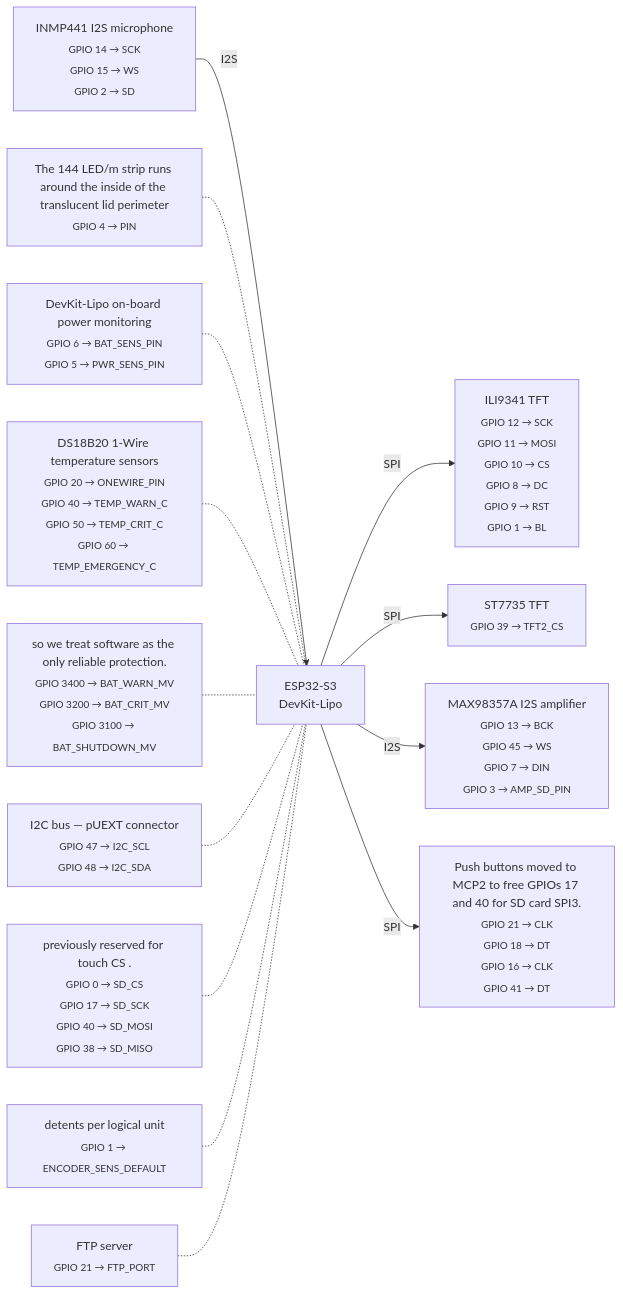
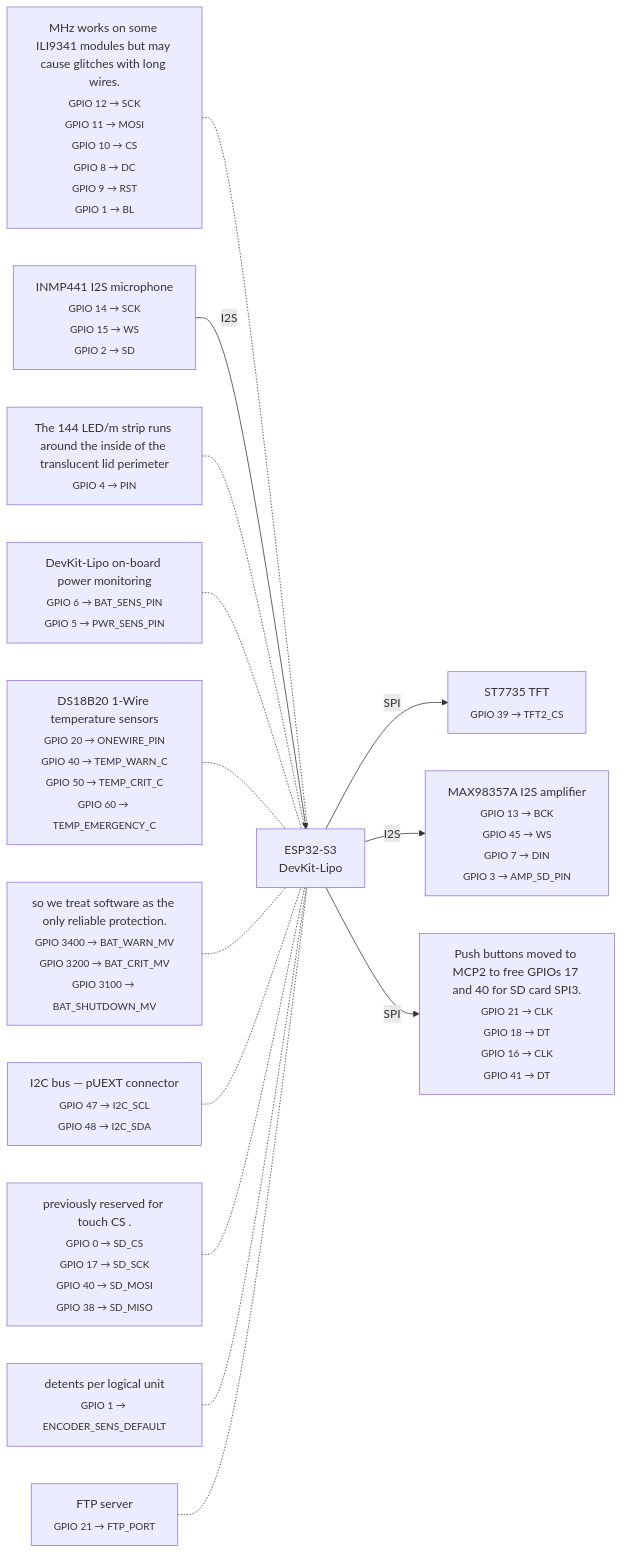
The diagram in docs/wiring.md (mandakan/bodn-esp32), drawn with Mermaid before and after one commit. The commit also changed other lines of this file and 3 other files, not shown here.

First line of the commit message:
perf: increase display SPI clock from 26 MHz to 40 MHz

````diff
--- a/docs/wiring.md
+++ b/docs/wiring.md
@@ -8,44 +8,44 @@
 ```mermaid
 graph LR
     ESP["ESP32-S3<br/>DevKit-Lipo"]
 
-    ILI9341TFT["ILI9341 TFT<br/><sub>GPIO 12 → SCK<br/>GPIO 11 → MOSI<br/>GPIO 10 → CS<br/>GPIO 8 → DC<br/>GPIO 9 → RST<br/>GPIO 1 → BL</sub>"]
-    ESP -- SPI --> ILI9341TFT
+    MHzworksonsomeILI9341modulesbutmaycauseglitcheswithlongwires["MHz works on some ILI9341 modules but may cause glitches with long wires.<br/><sub>GPIO 12 → SCK<br/>GPIO 11 → MOSI<br/>GPIO 10 → CS<br/>GPIO 8 → DC<br/>GPIO 9 → RST<br/>GPIO 1 → BL</sub>"]
+    MHzworksonsomeILI9341modulesbutmaycauseglitcheswithlongwires -.- ESP
 
     ST7735TFT["ST7735 TFT<br/><sub>GPIO 39 → TFT2_CS</sub>"]
     ESP -- SPI --> ST7735TFT
 
     INMP441I2Smicrophone["INMP441 I2S microphone<br/><sub>GPIO 14 → SCK<br/>GPIO 15 → WS<br/>GPIO 2 → SD</sub>"]
     INMP441I2Smicrophone -- I2S --> ESP
 
     MAX98357AI2Samplifier["MAX98357A I2S amplifier<br/><sub>GPIO 13 → BCK<br/>GPIO 45 → WS<br/>GPIO 7 → DIN<br/>GPIO 3 → AMP_SD_PIN</sub>"]
     ESP -- I2S --> MAX98357AI2Samplifier
 
     PushbuttonsmovedtoMCP2tofreeGPIOs17and40forSDcardSPI3["Push buttons moved to MCP2 to free GPIOs 17 and 40 for SD card SPI3.<br/><sub>GPIO 21 → CLK<br/>GPIO 18 → DT<br/>GPIO 16 → CLK<br/>GPIO 41 → DT</sub>"]
     ESP -- SPI --> PushbuttonsmovedtoMCP2tofreeGPIOs17and40forSDcardSPI3
 
     The144LEDmstriprunsaroundtheinsideofthetranslucentlidperimeter["The 144 LED/m strip runs around the inside of the translucent lid perimeter<br/><sub>GPIO 4 → PIN</sub>"]
     The144LEDmstriprunsaroundtheinsideofthetranslucentlidperimeter -.- ESP
 
     DevKitLipoonboardpowermonitoring["DevKit-Lipo on-board power monitoring<br/><sub>GPIO 6 → BAT_SENS_PIN<br/>GPIO 5 → PWR_SENS_PIN</sub>"]
     DevKitLipoonboardpowermonitoring -.- ESP
 
     DS18B201Wiretemperaturesensors["DS18B20 1-Wire temperature sensors<br/><sub>GPIO 20 → ONEWIRE_PIN<br/>GPIO 40 → TEMP_WARN_C<br/>GPIO 50 → TEMP_CRIT_C<br/>GPIO 60 → TEMP_EMERGENCY_C</sub>"]
     DS18B201Wiretemperaturesensors -.- ESP
 
     sowetreatsoftwareastheonlyreliableprotection["so we treat software as the only reliable protection.<br/><sub>GPIO 3400 → BAT_WARN_MV<br/>GPIO 3200 → BAT_CRIT_MV<br/>GPIO 3100 → BAT_SHUTDOWN_MV</sub>"]
     sowetreatsoftwareastheonlyreliableprotection -.- ESP
 
     I2CbuspUEXTconnector["I2C bus — pUEXT connector<br/><sub>GPIO 47 → I2C_SCL<br/>GPIO 48 → I2C_SDA</sub>"]
     I2CbuspUEXTconnector -.- ESP
 
     previouslyreservedfortouchCS["previously reserved for touch CS .<br/><sub>GPIO 0 → SD_CS<br/>GPIO 17 → SD_SCK<br/>GPIO 40 → SD_MOSI<br/>GPIO 38 → SD_MISO</sub>"]
     previouslyreservedfortouchCS -.- ESP
 
     detentsperlogicalunit["detents per logical unit<br/><sub>GPIO 1 → ENCODER_SENS_DEFAULT</sub>"]
     detentsperlogicalunit -.- ESP
 
     FTPserver["FTP server<br/><sub>GPIO 21 → FTP_PORT</sub>"]
     FTPserver -.- ESP
 
 ```
````
